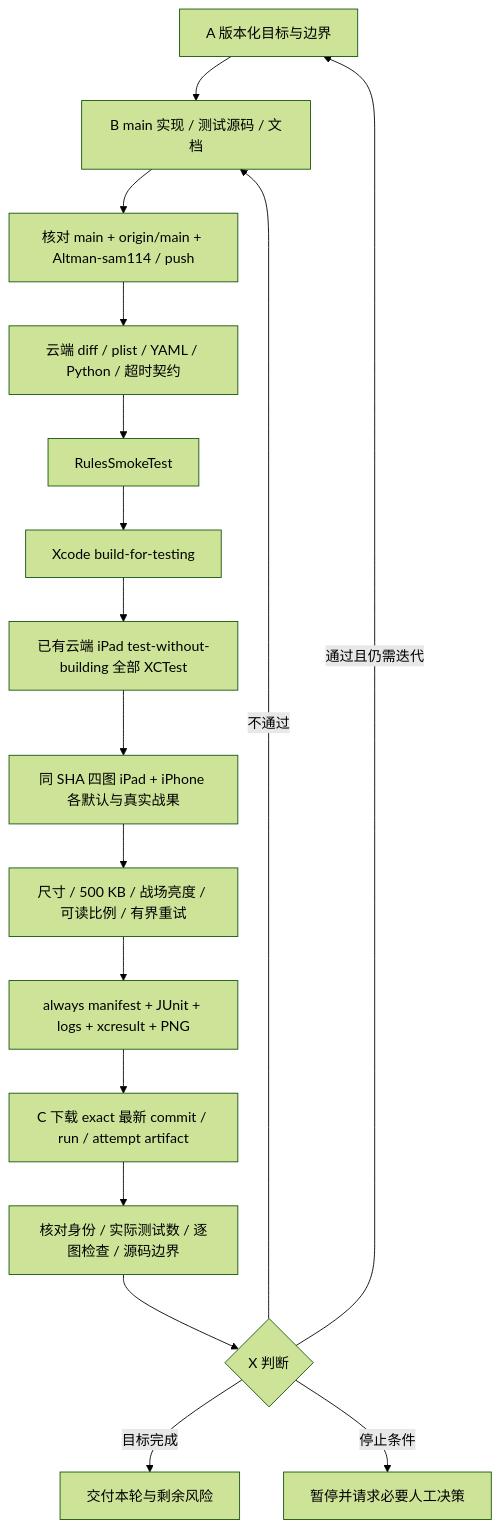
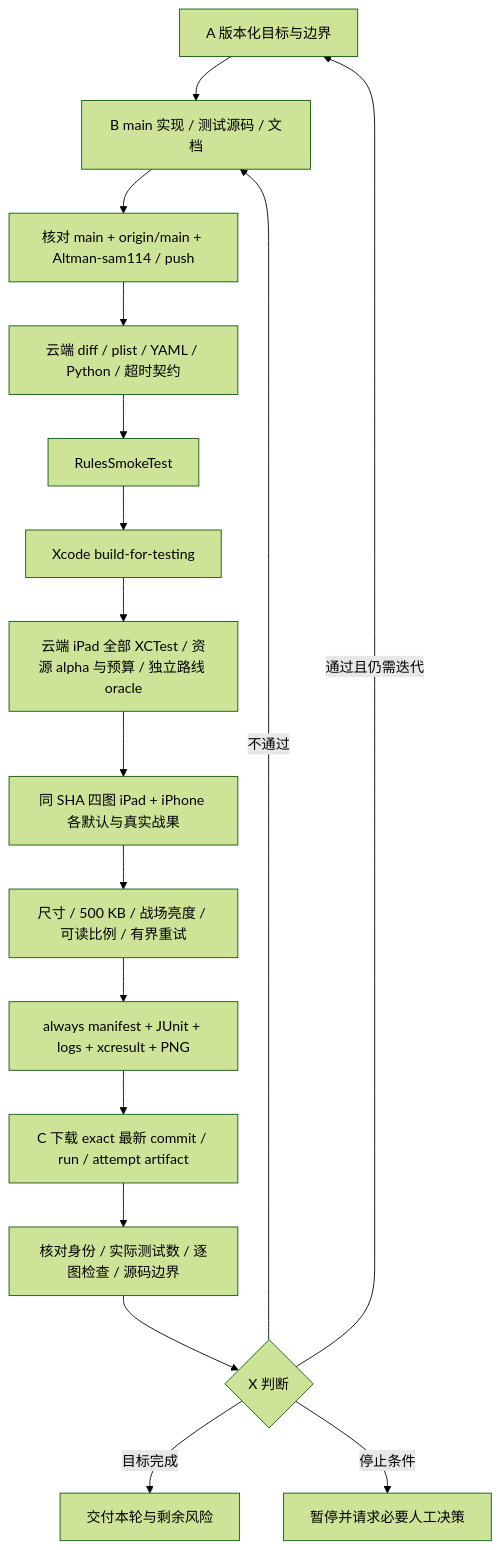
One commit to Altman-sam114/116 changed the third of 3 diagrams in md/flow/flowchart.md. Above: the diagram before and after it, drawn with Mermaid (forest theme). The commit also changed other lines of this file and 24 other files, not shown here.

````diff
--- a/md/flow/flowchart.md
+++ b/md/flow/flowchart.md
@@ -54,19 +57,19 @@
 ```mermaid
 flowchart TD
     A[A 版本化目标与边界] --> B[B main 实现 / 测试源码 / 文档]
     B --> Push[核对 main + origin/main + Altman-sam114 / push]
     Push --> Static[云端 diff / plist / YAML / Python / 超时契约]
     Static --> Smoke[RulesSmokeTest]
     Smoke --> Build[Xcode build-for-testing]
-    Build --> XCTest[已有云端 iPad test-without-building 全部 XCTest]
+    Build --> XCTest[云端 iPad 全部 XCTest / 资源 alpha 与预算 / 独立路线 oracle]
     XCTest --> Four[同 SHA 四图 iPad + iPhone 各默认与真实战果]
     Four --> Gates[尺寸 / 500 KB / 战场亮度 / 可读比例 / 有界重试]
     Gates --> Package[always manifest + JUnit + logs + xcresult + PNG]
     Package --> C[C 下载 exact 最新 commit / run / attempt artifact]
     C --> Review[核对身份 / 实际测试数 / 逐图检查 / 源码边界]
     Review --> Decision{X 判断}
     Decision -->|通过且仍需迭代| A
     Decision -->|不通过| B
     Decision -->|目标完成| Done[交付本轮与剩余风险]
     Decision -->|停止条件| Stop[暂停并请求必要人工决策]
 ```
````
